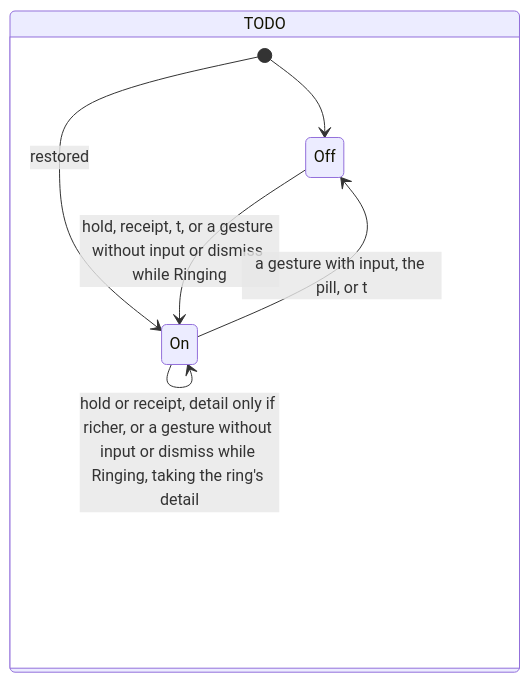
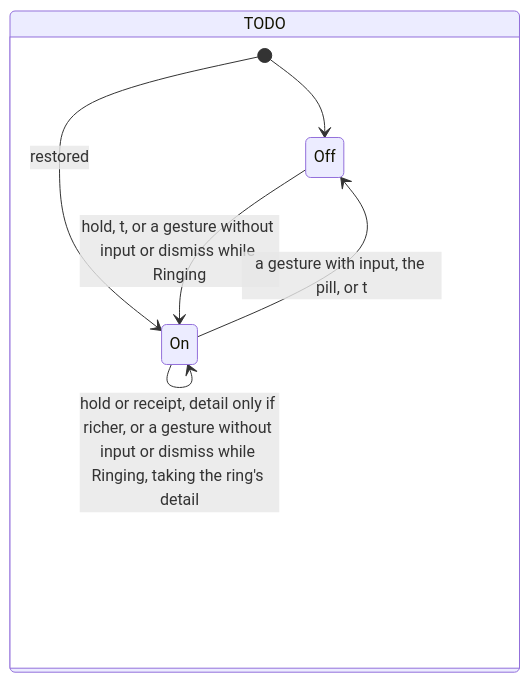
One commit to diffplug/dormouse changed diagram 11 of 16 in docs/specs/alert.md. Above: the diagram before and after it, drawn with Mermaid. The commit also changed other lines of this file and 2 other files, not shown here.

````diff
--- a/docs/specs/alert.md
+++ b/docs/specs/alert.md
@@ -266,10 +268,10 @@
 ```mermaid
 stateDiagram-v2
   state "TODO" as Todo {
     [*] --> Off
     [*] --> On: restored
-    Off --> On: hold, receipt, t, or a gesture without input or dismiss while Ringing
+    Off --> On: hold, t, or a gesture without input or dismiss while Ringing
     On --> On: hold or receipt, detail only if richer, or a gesture without input or dismiss while Ringing, taking the ring's detail
     On --> Off: a gesture with input, the pill, or t
   }
 ```
````
